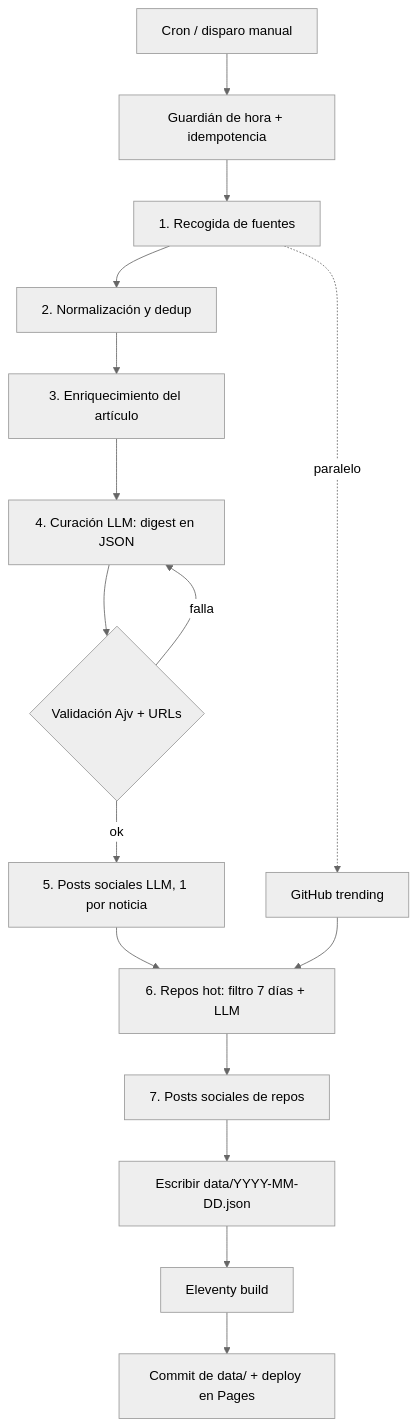
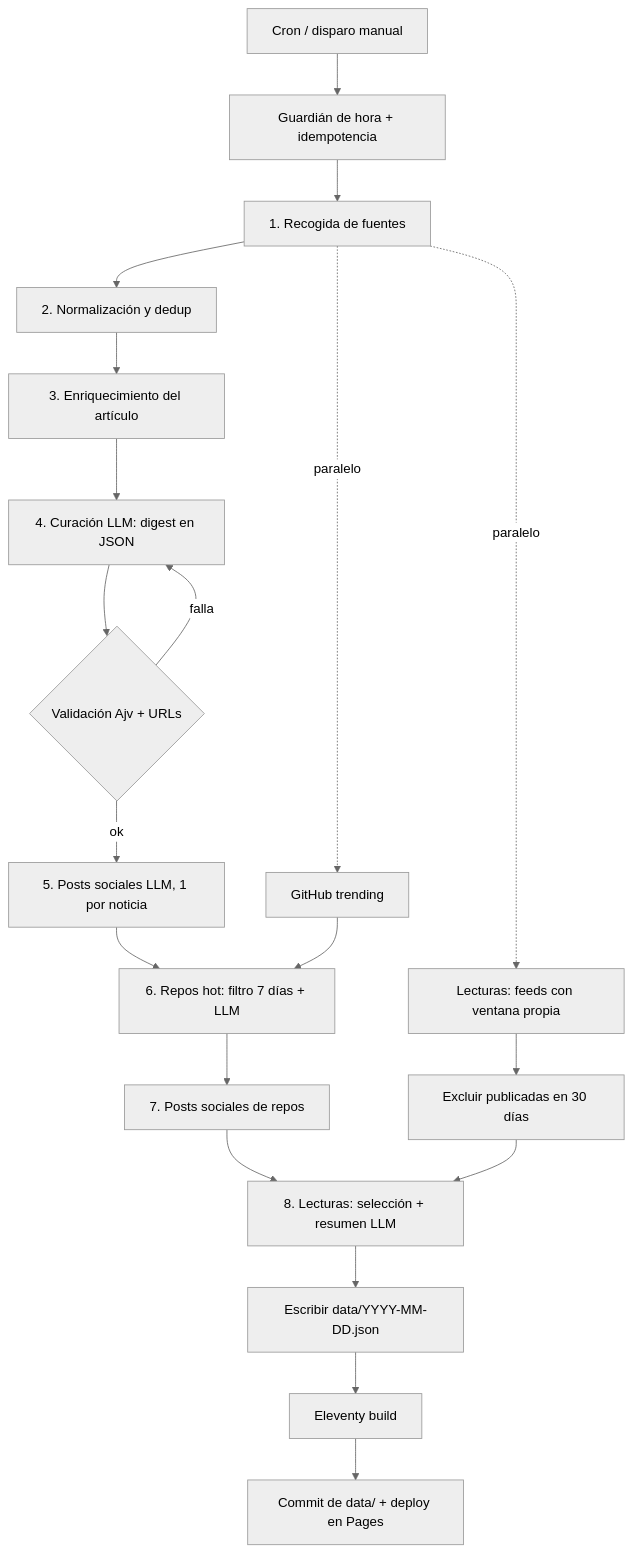
The diagram in docs/flujo-tecnico.md (iDiagoValeta/automated-news), drawn with Mermaid (neutral theme) before and after one commit. The commit also changed other lines of this file and 20 other files, not shown here.

````diff
--- a/docs/flujo-tecnico.md
+++ b/docs/flujo-tecnico.md
@@ -11,18 +11,22 @@
 ```mermaid
 flowchart TD
     A[Cron / disparo manual] --> B[Guardián de hora + idempotencia]
     B --> C[1. Recogida de fuentes]
     C --> D[2. Normalización y dedup]
     D --> E[3. Enriquecimiento del artículo]
     E --> F[4. Curación LLM: digest en JSON]
     F --> G{Validación Ajv + URLs}
     G -- falla --> F
     G -- ok --> H[5. Posts sociales LLM, 1 por noticia]
     H --> I[6. Repos hot: filtro 7 días + LLM]
     I --> S[7. Posts sociales de repos]
-    S --> J[Escribir data/YYYY-MM-DD.json]
+    S --> T[8. Lecturas: selección + resumen LLM]
+    T --> J[Escribir data/YYYY-MM-DD.json]
     J --> K[Eleventy build]
     K --> L[Commit de data/ + deploy en Pages]
     C -. paralelo .-> R[GitHub trending]
+    C -. paralelo .-> M[Lecturas: feeds con ventana propia]
     R --> I
+    M --> N[Excluir publicadas en 30 días]
+    N --> T
 ```
````
